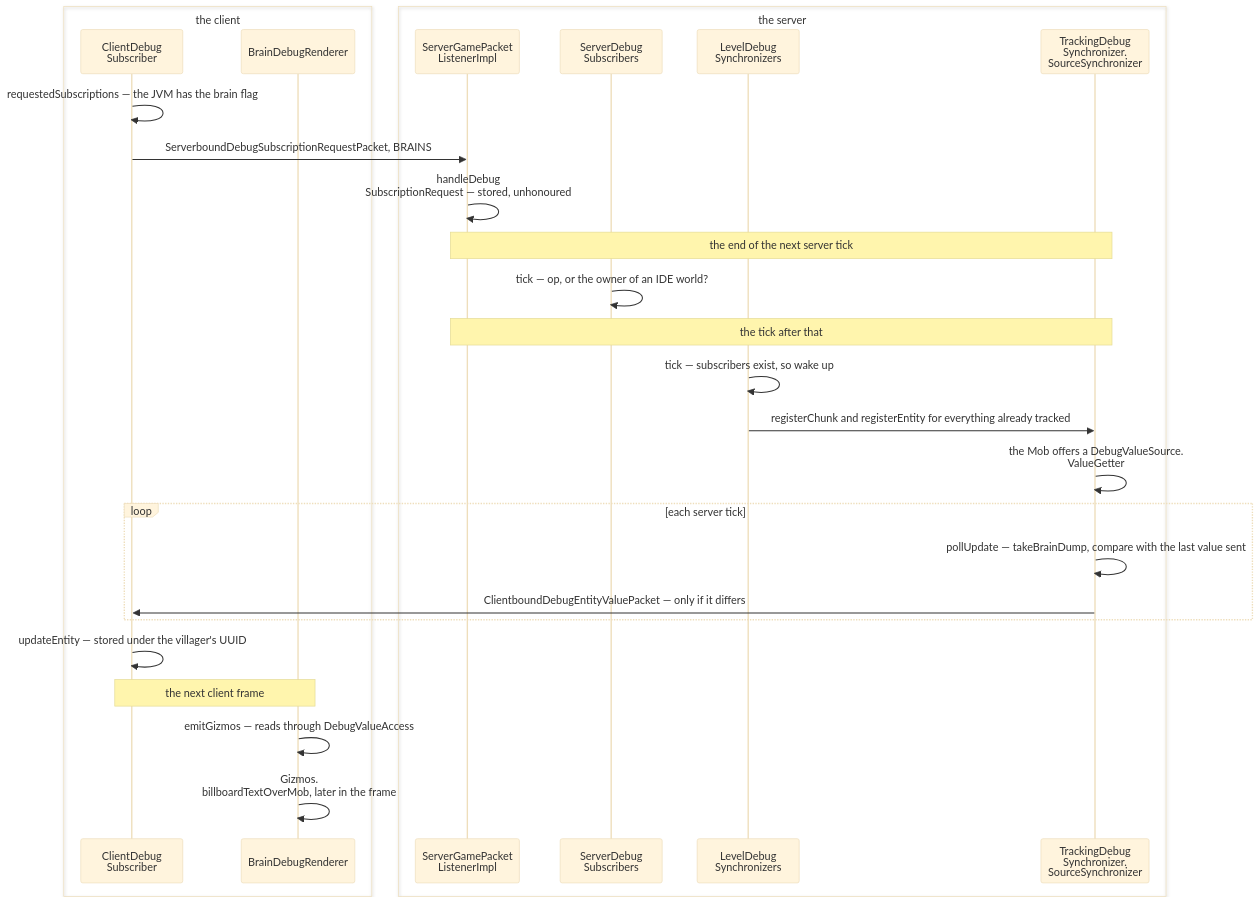
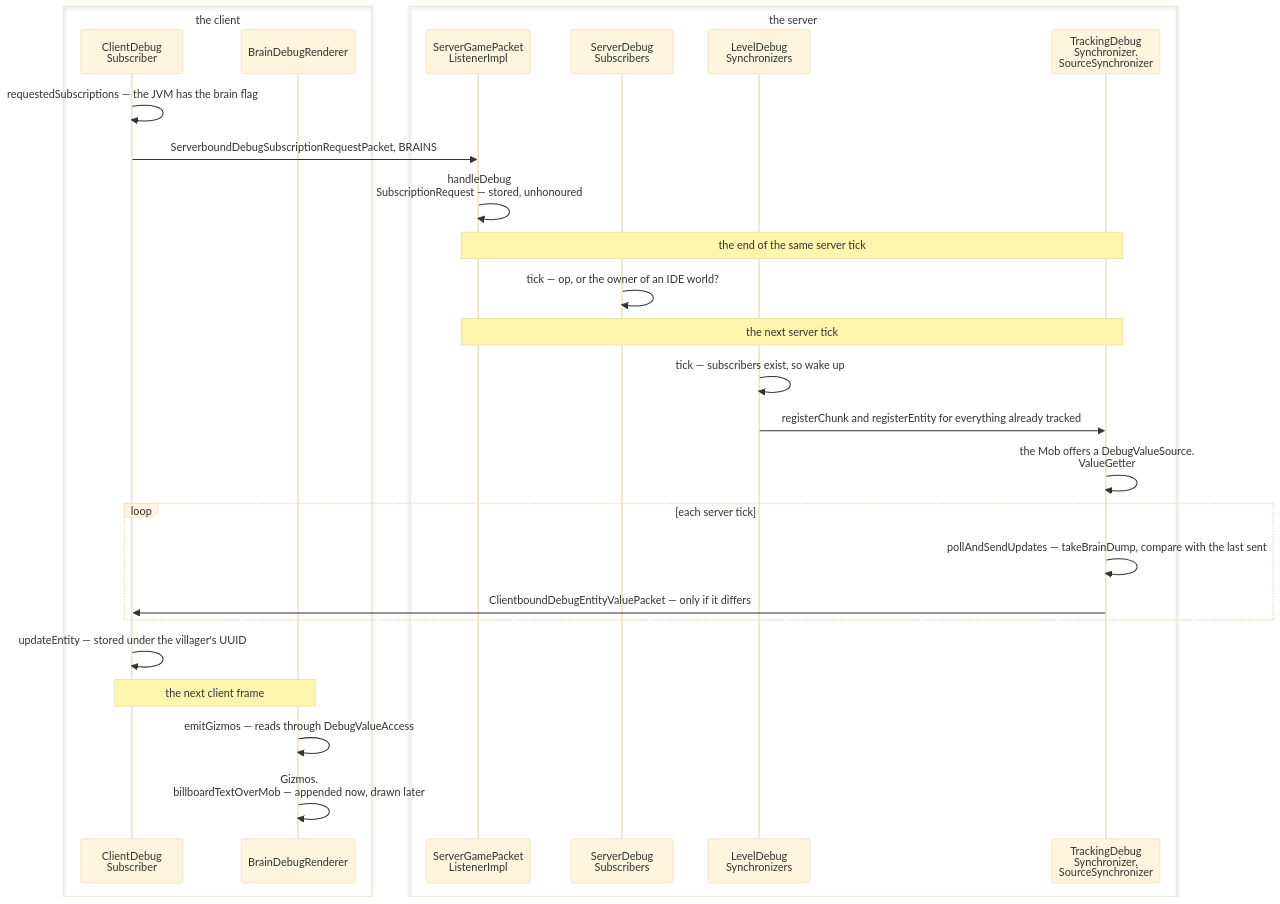
One commit to AlexanderjFraser/MinecraftDocs changed the diagram in src/systems/client/debugging-the-running-game.md. Above: the diagram before and after it, drawn with Mermaid (base theme). The commit also changed other lines of this file and 33 other files, not shown here.

````diff
--- a/src/systems/client/debugging-the-running-game.md
+++ b/src/systems/client/debugging-the-running-game.md
@@ -121,31 +115,31 @@
 ```mermaid
 sequenceDiagram
     box transparent the client
     participant CDS as ClientDebug<br/>Subscriber
     participant BDR as BrainDebugRenderer
     end
     box transparent the server
     participant SGPL as ServerGamePacket<br/>ListenerImpl
     participant SDS as ServerDebug<br/>Subscribers
     participant LDS as LevelDebug<br/>Synchronizers
     participant TDSS as TrackingDebug<br/>Synchronizer.<br/>SourceSynchronizer
     end
 
     CDS->>CDS: requestedSubscriptions — the JVM has the brain flag
     CDS->>SGPL: ServerboundDebugSubscriptionRequestPacket, BRAINS
     SGPL->>SGPL: handleDebug<br/>SubscriptionRequest — stored, unhonoured
-    Note over SGPL,TDSS: the end of the next server tick
+    Note over SGPL,TDSS: the end of the same server tick
     SDS->>SDS: tick — op, or the owner of an IDE world?
-    Note over SGPL,TDSS: the tick after that
+    Note over SGPL,TDSS: the next server tick
     LDS->>LDS: tick — subscribers exist, so wake up
     LDS->>TDSS: registerChunk and registerEntity for everything already tracked
     TDSS->>TDSS: the Mob offers a DebugValueSource.<br/>ValueGetter
     loop each server tick
-        TDSS->>TDSS: pollUpdate — takeBrainDump, compare with the last value sent
+        TDSS->>TDSS: pollAndSendUpdates — takeBrainDump, compare with the last sent
         TDSS->>CDS: ClientboundDebugEntityValuePacket — only if it differs
     end
     CDS->>CDS: updateEntity — stored under the villager's UUID
     Note over CDS,BDR: the next client frame
     BDR->>BDR: emitGizmos — reads through DebugValueAccess
-    BDR->>BDR: Gizmos.<br/>billboardTextOverMob, later in the frame
+    BDR->>BDR: Gizmos.<br/>billboardTextOverMob — appended now, drawn later
 ```
````
